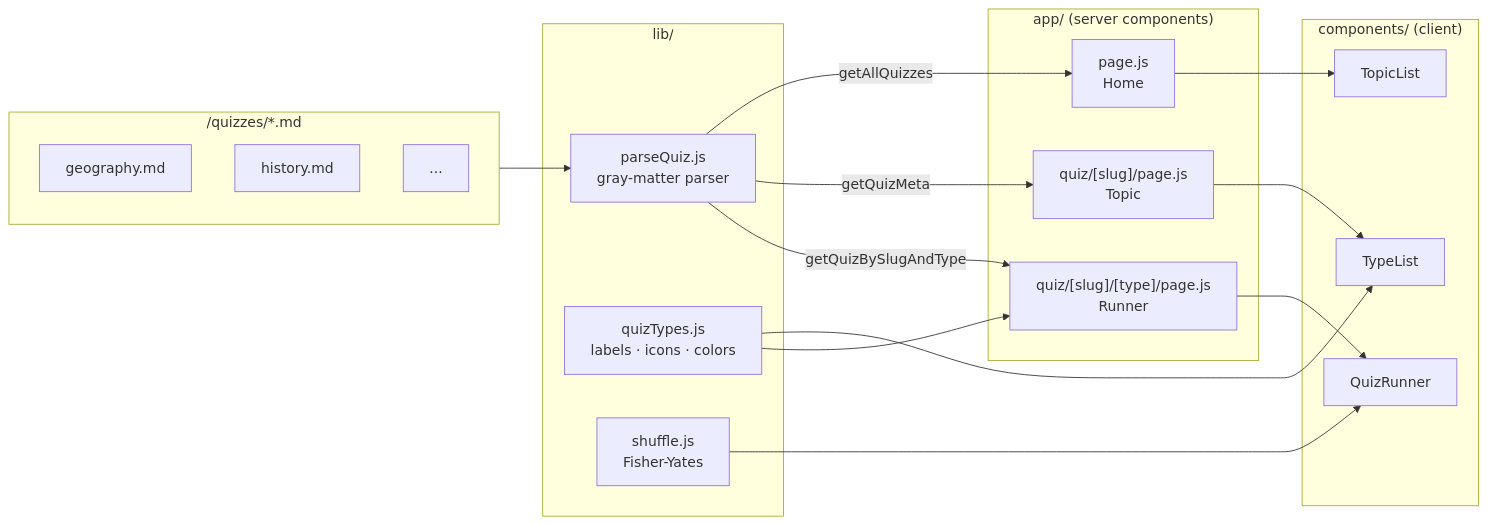
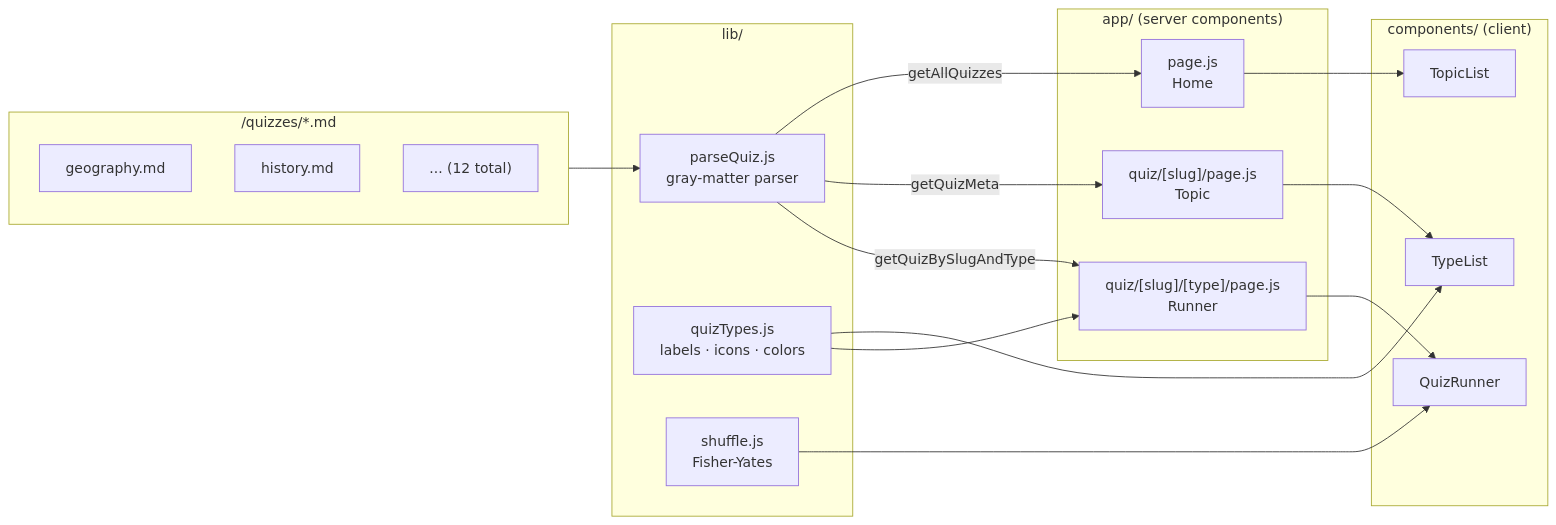
One commit to ziolkowskid06/quiz-practice changed the second of 5 diagrams in CLAUDE.md. Above: the diagram before and after it, drawn with Mermaid. The commit also changed other lines of this file and 1 other file, not shown here.

````diff
--- a/CLAUDE.md
+++ b/CLAUDE.md
@@ -36,37 +83,37 @@
 ```mermaid
 flowchart LR
     subgraph files["/quizzes/*.md"]
         MD1["geography.md"]
         MD2["history.md"]
-        MD3["..."]
+        MD3["... (12 total)"]
     end
 
     subgraph lib["lib/"]
         PQ["parseQuiz.js\ngray-matter parser"]
         QT["quizTypes.js\nlabels · icons · colors"]
         SH["shuffle.js\nFisher-Yates"]
     end
 
     subgraph pages["app/ (server components)"]
         P1["page.js\nHome"]
         P2["quiz/[slug]/page.js\nTopic"]
         P3["quiz/[slug]/[type]/page.js\nRunner"]
     end
 
     subgraph components["components/ (client)"]
         TL["TopicList"]
         TyL["TypeList"]
         QR["QuizRunner"]
     end
 
     files --> PQ
     PQ -->|getAllQuizzes| P1
     PQ -->|getQuizMeta| P2
     PQ -->|getQuizBySlugAndType| P3
     QT --> TyL
     QT --> P3
     SH --> QR
     P1 --> TL
     P2 --> TyL
     P3 --> QR
 ```
````
